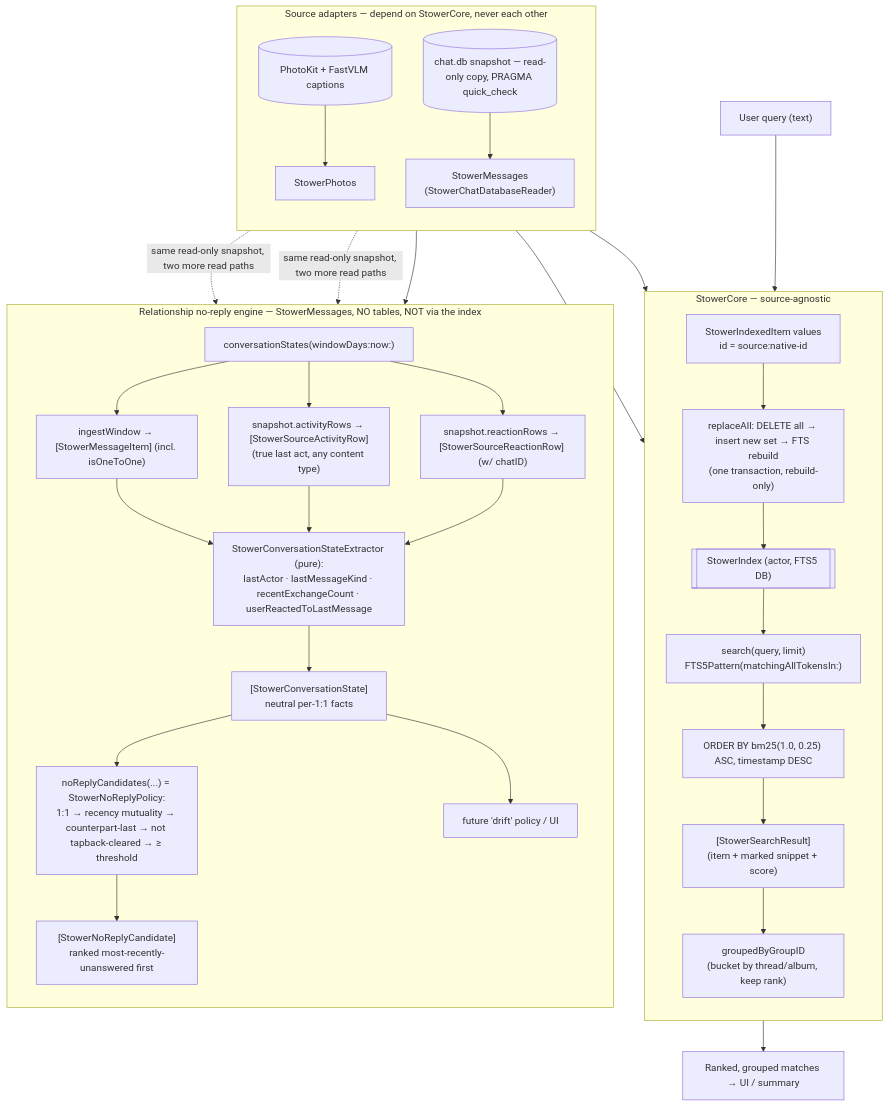
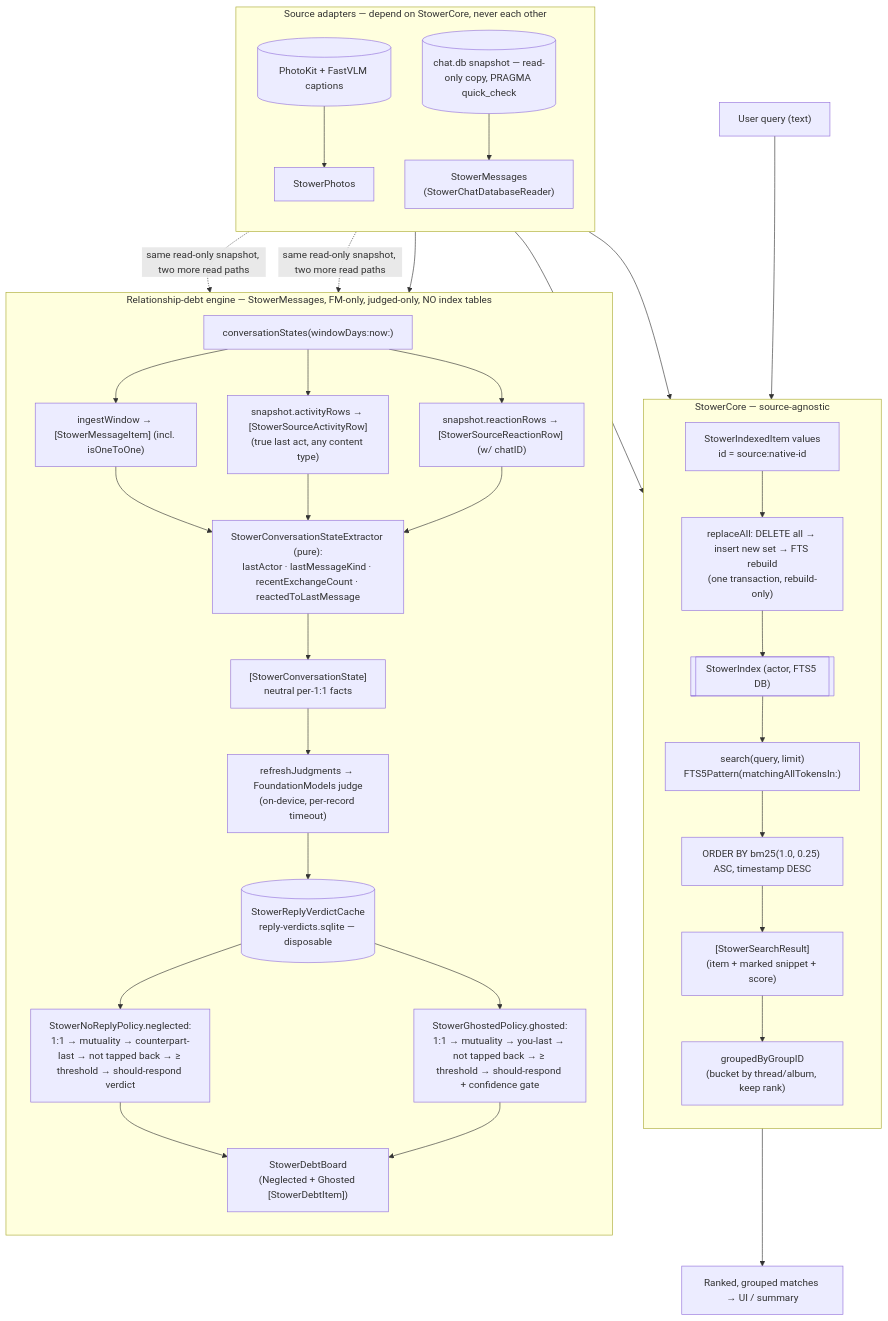
The first of 3 diagrams in ARCHITECTURE.md (emilykangdev/stower), drawn with Mermaid before and after one commit. The commit also changed other lines of this file and 45 other files, not shown here.

First line of the commit message:
refactor(messages): SLM runtime seam — remove heuristic reply judge

````diff
--- a/ARCHITECTURE.md
+++ b/ARCHITECTURE.md
@@ -9,56 +9,60 @@
 ```mermaid
 flowchart TB
     user["User query (text)"]
 
     subgraph adapters["Source adapters — depend on StowerCore, never each other"]
         direction TB
         photokit[("PhotoKit + FastVLM captions")]
         chatdb[("chat.db snapshot — read-only copy, PRAGMA quick_check")]
         photos["StowerPhotos"]
         messages["StowerMessages\n(StowerChatDatabaseReader)"]
         photokit --> photos
         chatdb --> messages
     end
 
     subgraph core["StowerCore — source-agnostic"]
         direction TB
         items["StowerIndexedItem values\nid = source:native-id"]
         index[["StowerIndex (actor, FTS5 DB)"]]
         replace["replaceAll: DELETE all → insert new set → FTS rebuild\n(one transaction, rebuild-only)"]
         search["search(query, limit)\nFTS5Pattern(matchingAllTokensIn:)"]
         rank["ORDER BY bm25(1.0, 0.25) ASC, timestamp DESC"]
         results["[StowerSearchResult]\n(item + marked snippet + score)"]
         grouped["groupedByGroupID\n(bucket by thread/album, keep rank)"]
         items --> replace --> index
         index --> search --> rank --> results --> grouped
     end
 
     photos --> items
     messages --> items
     user --> search
     grouped --> out1["Ranked, grouped matches → UI / summary"]
 
-    subgraph debt["Relationship no-reply engine — StowerMessages, NO tables, NOT via the index"]
+    subgraph debt["Relationship-debt engine — StowerMessages, FM-only, judged-only, NO index tables"]
         direction TB
         facts["conversationStates(windowDays:now:)"]
         ingest["ingestWindow → [StowerMessageItem] (incl. isOneToOne)"]
         activity["snapshot.activityRows → [StowerSourceActivityRow]\n(true last act, any content type)"]
         reacts["snapshot.reactionRows → [StowerSourceReactionRow] (w/ chatID)"]
-        extract["StowerConversationStateExtractor (pure):\nlastActor · lastMessageKind · recentExchangeCount · userReactedToLastMessage"]
+        extract["StowerConversationStateExtractor (pure):\nlastActor · lastMessageKind · recentExchangeCount · reactedToLastMessage"]
         states["[StowerConversationState]\nneutral per-1:1 facts"]
-        policy["noReplyCandidates(...) = StowerNoReplyPolicy:\n1:1 → recency mutuality → counterpart-last → not tapback-cleared → ≥ threshold"]
-        cands["[StowerNoReplyCandidate]\nranked most-recently-unanswered first"]
+        judge["refreshJudgments → FoundationModels judge\n(on-device, per-record timeout)"]
+        cache[("StowerReplyVerdictCache\nreply-verdicts.sqlite — disposable")]
+        neglected["StowerNoReplyPolicy.neglected:\n1:1 → mutuality → counterpart-last → not tapped back → ≥ threshold → should-respond verdict"]
+        ghosted["StowerGhostedPolicy.ghosted:\n1:1 → mutuality → you-last → not tapped back → ≥ threshold → should-respond + confidence gate"]
+        board["StowerDebtBoard\n(Neglected + Ghosted [StowerDebtItem])"]
         facts --> ingest
         facts --> activity
         facts --> reacts
         ingest --> extract
         activity --> extract
         reacts --> extract
-        extract --> states --> policy --> cands
-        states --> drift["future 'drift' policy / UI"]
+        extract --> states --> judge --> cache
+        cache --> neglected --> board
+        cache --> ghosted --> board
     end
 
     chatdb -. "same read-only snapshot, two more read paths" .-> activity
     chatdb -. "same read-only snapshot, two more read paths" .-> reacts
     messages --> facts
 ```
````
